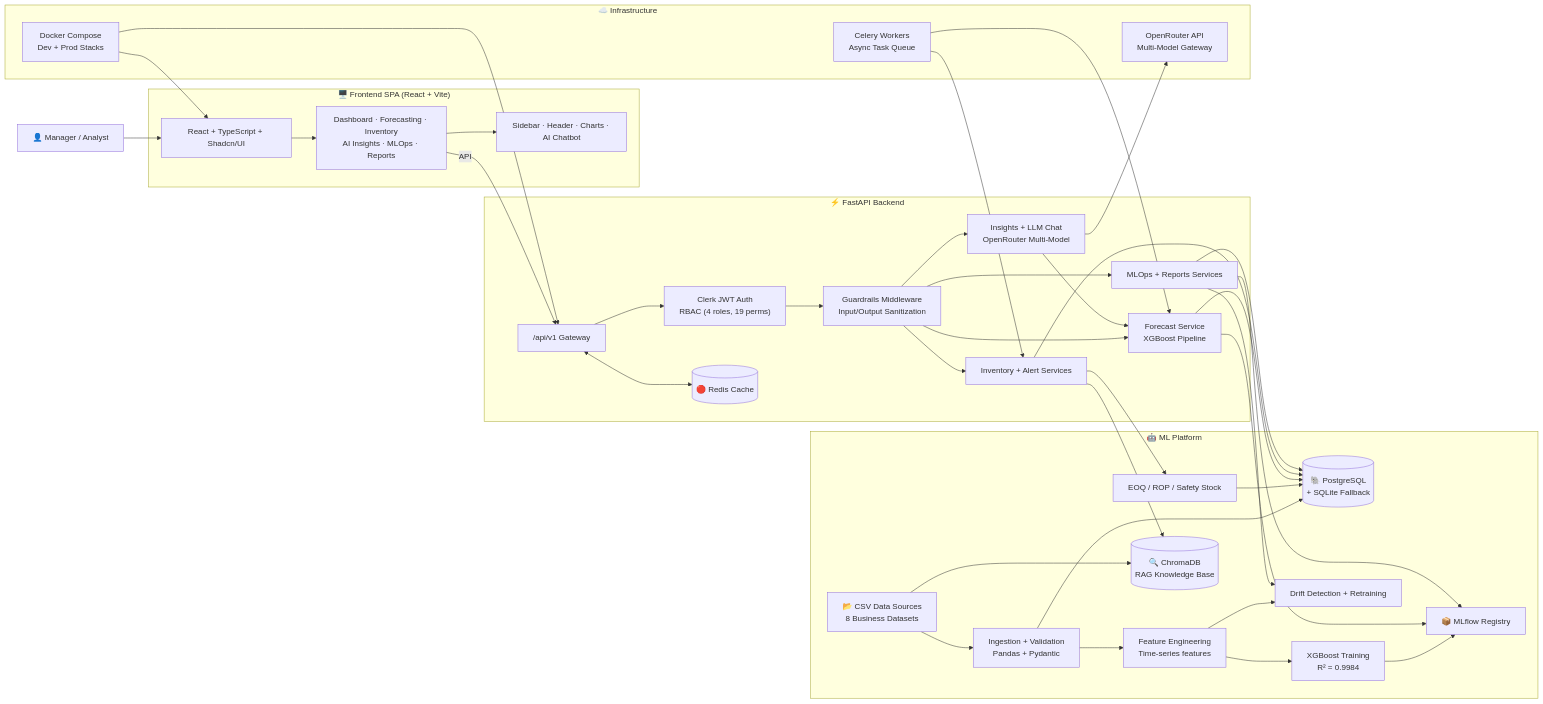
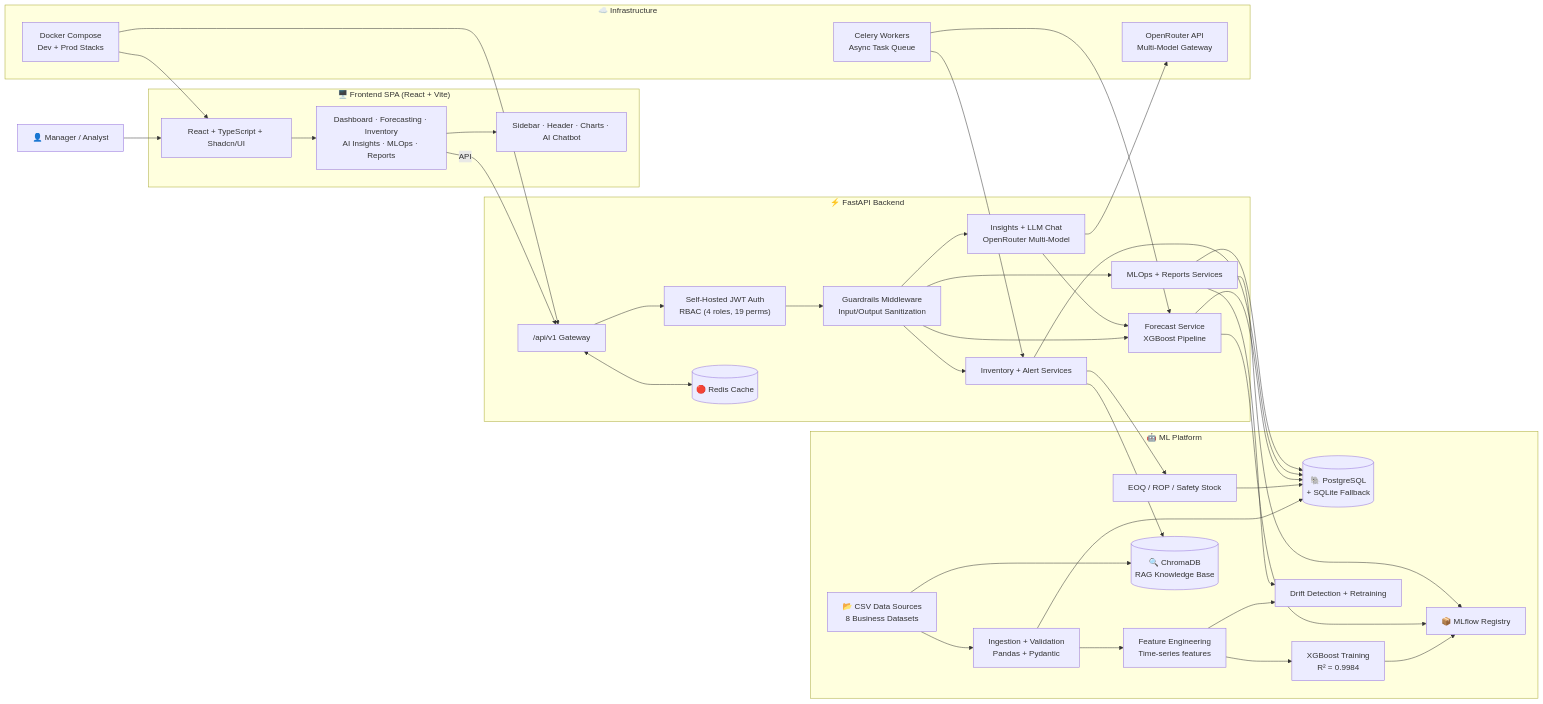
One commit to IbrahimAbdelsattar/SupplyMindAI changed the first of 11 diagrams in README.md. Above: the diagram before and after it, drawn with Mermaid. The commit also changed other lines of this file and 89 other files, not shown here.

Commit message:
feat: implement multi-agent copilot graph and system prompt for Egyptian Arabic interface support

````diff
--- a/README.md
+++ b/README.md
@@ -214,56 +214,56 @@
 ```mermaid
 flowchart LR
     user["👤 Manager / Analyst"]
 
     subgraph FE["🖥️ Frontend SPA (React + Vite)"]
         app["React + TypeScript + Shadcn/UI"]
         pages["Dashboard · Forecasting · Inventory\nAI Insights · MLOps · Reports"]
         shared["Sidebar · Header · Charts · AI Chatbot"]
         app --> pages --> shared
     end
 
     subgraph API["⚡ FastAPI Backend"]
         gateway["/api/v1 Gateway"]
-        auth["Clerk JWT Auth\nRBAC (4 roles, 19 perms)"]
+        auth["Self-Hosted JWT Auth\nRBAC (4 roles, 19 perms)"]
         guardrails["Guardrails Middleware\nInput/Output Sanitization"]
         forecastSvc["Forecast Service\nXGBoost Pipeline"]
         inventorySvc["Inventory + Alert Services"]
         insightSvc["Insights + LLM Chat\nOpenRouter Multi-Model"]
         mlopsSvc["MLOps + Reports Services"]
         cache[("🔴 Redis Cache")]
         gateway --> auth --> guardrails --> forecastSvc & inventorySvc & insightSvc & mlopsSvc
         gateway <--> cache
     end
 
     subgraph DATA["🤖 ML Platform"]
         raw["📂 CSV Data Sources\n8 Business Datasets"]
         ingest["Ingestion + Validation\nPandas + Pydantic"]
         features["Feature Engineering\nTime-series features"]
         postgres[("🐘 PostgreSQL\n+ SQLite Fallback")]
         training["XGBoost Training\nR² = 0.9984"]
         registry["📦 MLflow Registry"]
         drift["Drift Detection + Retraining"]
         optimizer["EOQ / ROP / Safety Stock"]
         vector[("🔍 ChromaDB\nRAG Knowledge Base")]
         raw --> ingest --> features --> training --> registry
         ingest --> postgres
         features --> drift
         raw --> vector
         optimizer --> postgres
     end
 
     subgraph CLOUD["☁️ Infrastructure"]
         llm["OpenRouter API\nMulti-Model Gateway"]
         celery["Celery Workers\nAsync Task Queue"]
         docker["Docker Compose\nDev + Prod Stacks"]
     end
 
     user --> app
     pages -->|"API"| gateway
     forecastSvc --> postgres & registry
     inventorySvc --> postgres & optimizer & vector
     insightSvc --> forecastSvc & llm
     mlopsSvc --> registry & drift & postgres
     docker --> app & gateway
     celery --> forecastSvc & inventorySvc
 ```
````
